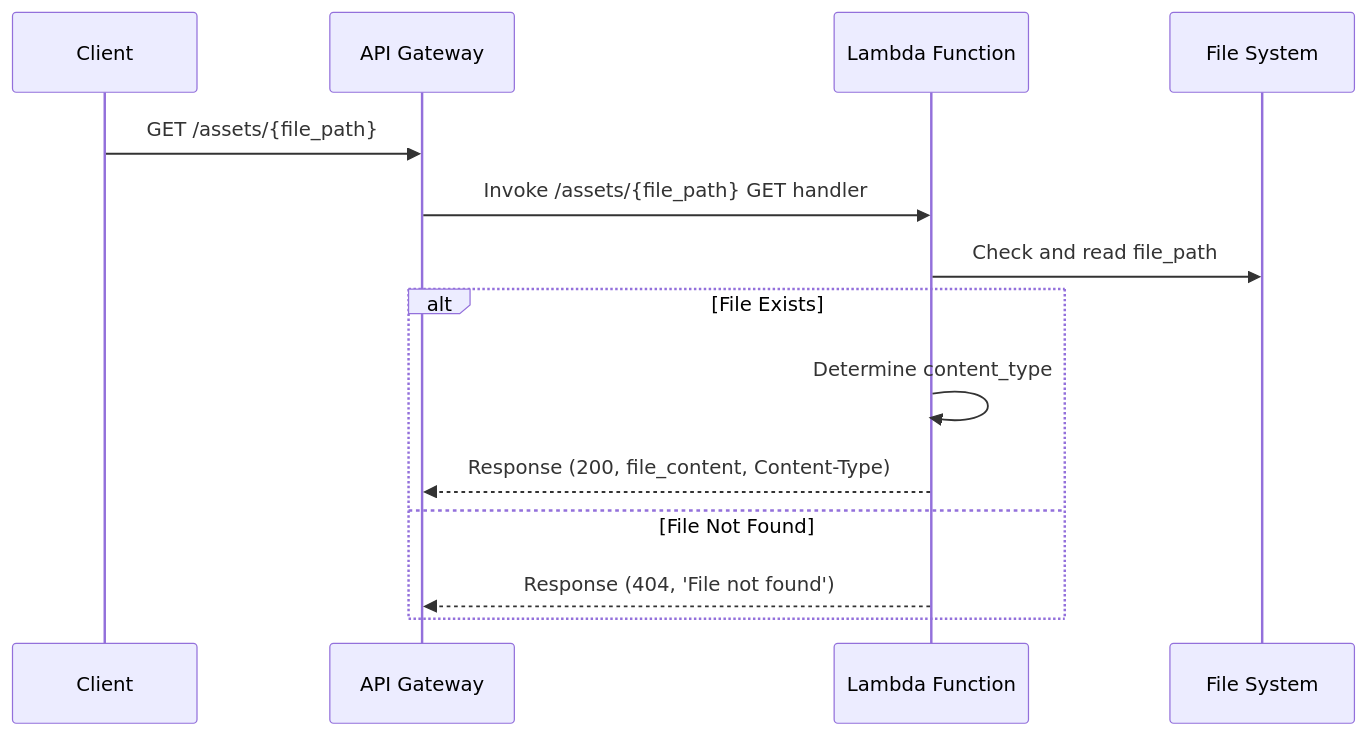
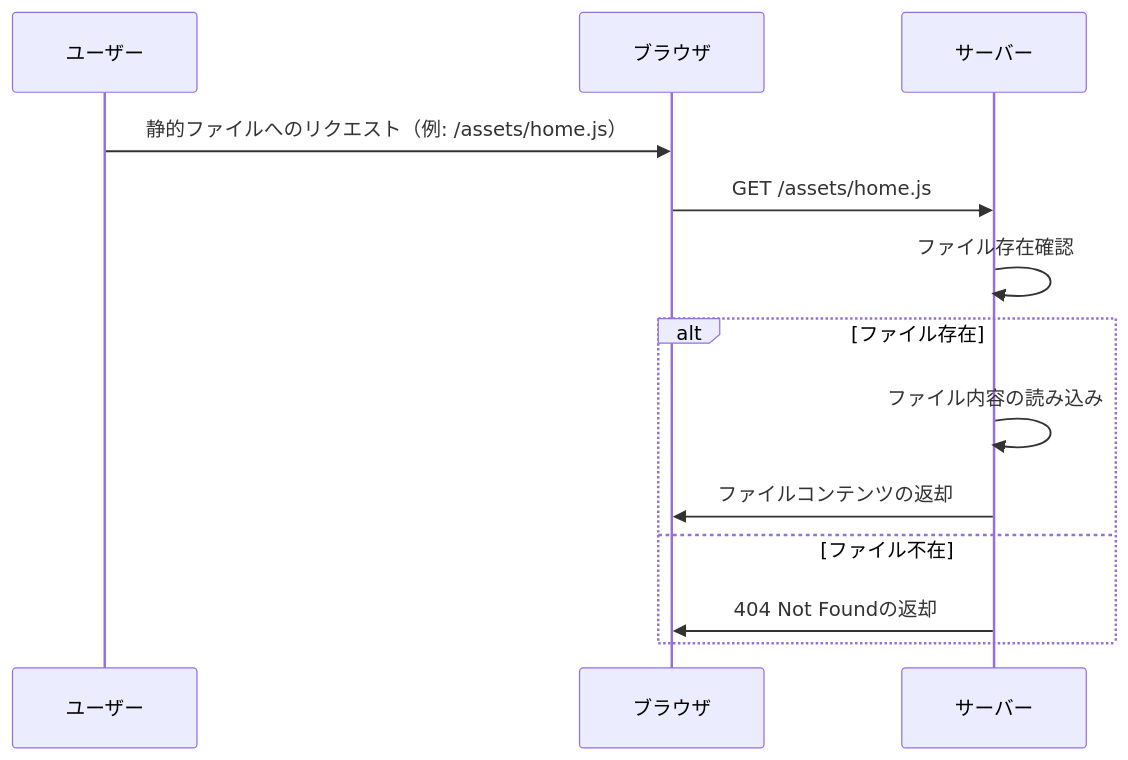
The seventh of 7 diagrams in docs/api_spec.md (jcnwkoya/GENAI-APP), drawn with Mermaid before and after one commit. The commit also changed other lines of this file and 9 other files, not shown here.

````diff
--- a/docs/api_spec.md
+++ b/docs/api_spec.md
@@ -422,17 +554,16 @@
 ```mermaid
 sequenceDiagram
-    participant Client
-    participant API Gateway
-    participant Lambda Function
-    participant File System
+    participant ユーザー
+    participant ブラウザ
+    participant サーバー
 
-    Client->>API Gateway: GET /assets/{file_path}
-    API Gateway->>Lambda Function: Invoke /assets/{file_path} GET handler
-    Lambda Function->>File System: Check and read file_path
-    alt File Exists
-        Lambda Function->>Lambda Function: Determine content_type
-        Lambda Function-->>API Gateway: Response (200, file_content, Content-Type)
-    else File Not Found
-        Lambda Function-->>API Gateway: Response (404, 'File not found')
+    ユーザー->>ブラウザ: 静的ファイルへのリクエスト（例: /assets/home.js）
+    ブラウザ->>サーバー: GET /assets/home.js
+    サーバー->>サーバー: ファイル存在確認
+    alt ファイル存在
+        サーバー->>サーバー: ファイル内容の読み込み
+        サーバー->>ブラウザ: ファイルコンテンツの返却
+    else ファイル不在
+        サーバー->>ブラウザ: 404 Not Foundの返却
     end
 ```
````
